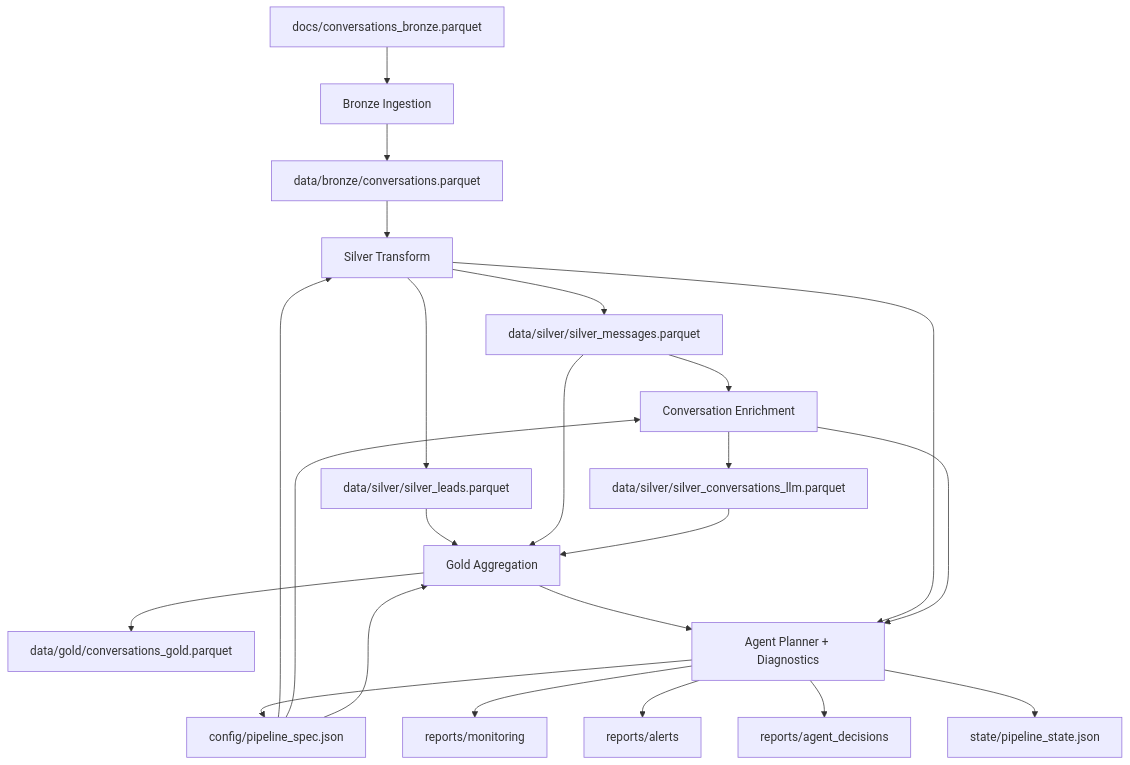
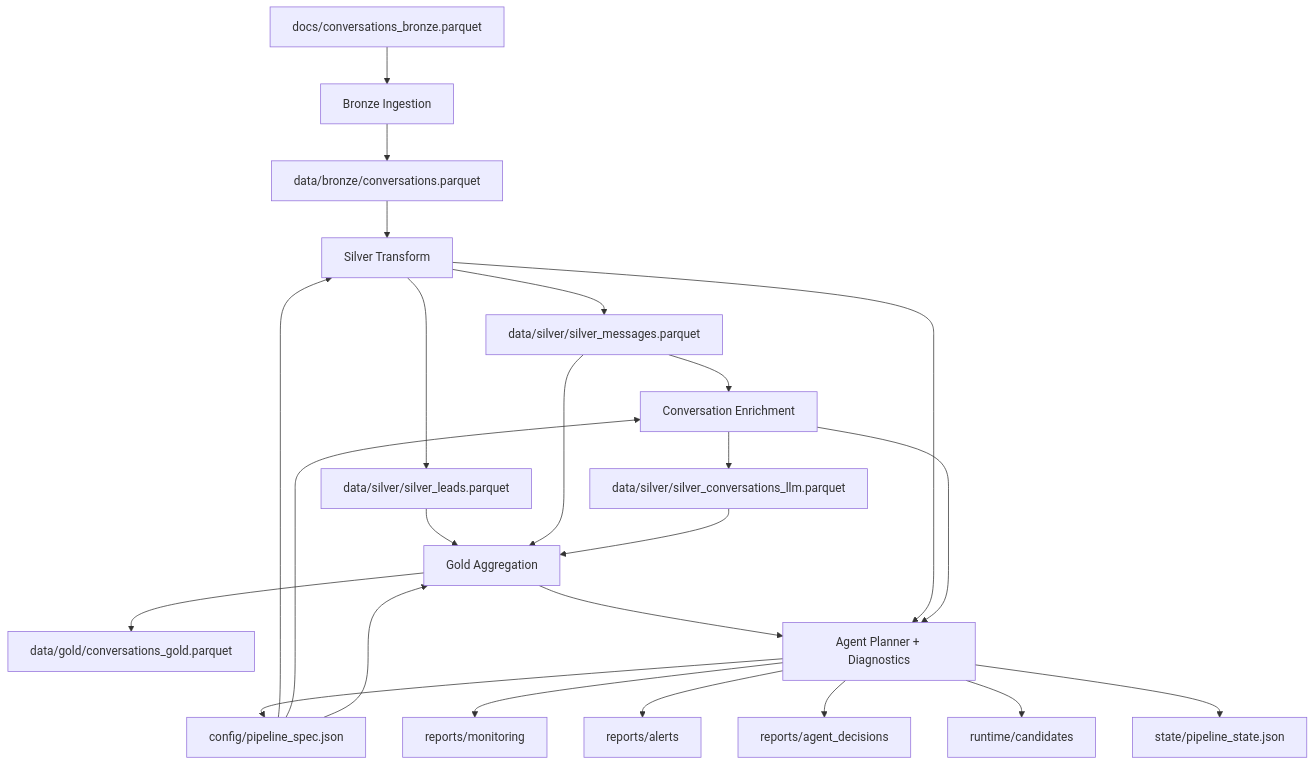
The diagram in README.md (lucas54neves/namastex-test), drawn with Mermaid before and after one commit. The commit also changed other lines of this file and 17 other files, not shown here.

````diff
--- a/README.md
+++ b/README.md
@@ -39,27 +39,28 @@
 ```mermaid
 flowchart TD
     A[docs/conversations_bronze.parquet] --> B[Bronze Ingestion]
     B --> C[data/bronze/conversations.parquet]
     C --> D[Silver Transform]
     D --> E[data/silver/silver_messages.parquet]
     D --> F[data/silver/silver_leads.parquet]
     E --> G[Conversation Enrichment]
     G --> H[data/silver/silver_conversations_llm.parquet]
     F --> I[Gold Aggregation]
     E --> I
     H --> I
     I --> J[data/gold/conversations_gold.parquet]
 
     K[config/pipeline_spec.json] --> D
     K --> G
     K --> I
 
     L[Agent Planner + Diagnostics] --> K
     L --> M[reports/monitoring]
     L --> N[reports/alerts]
     L --> O[reports/agent_decisions]
+    L --> Q[runtime/candidates]
     L --> P[state/pipeline_state.json]
     I --> L
     D --> L
     G --> L
 ```
````
